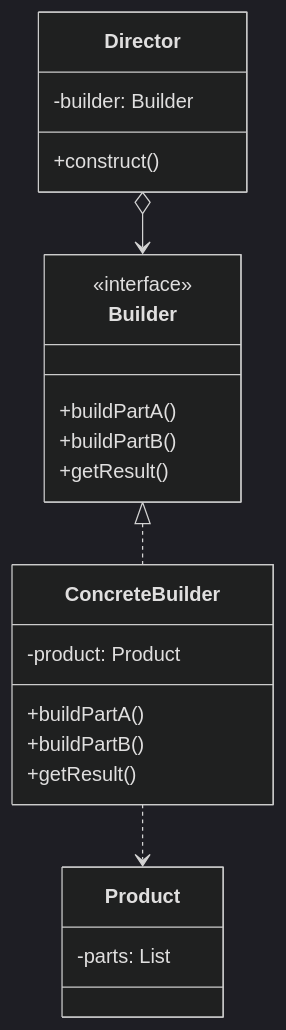
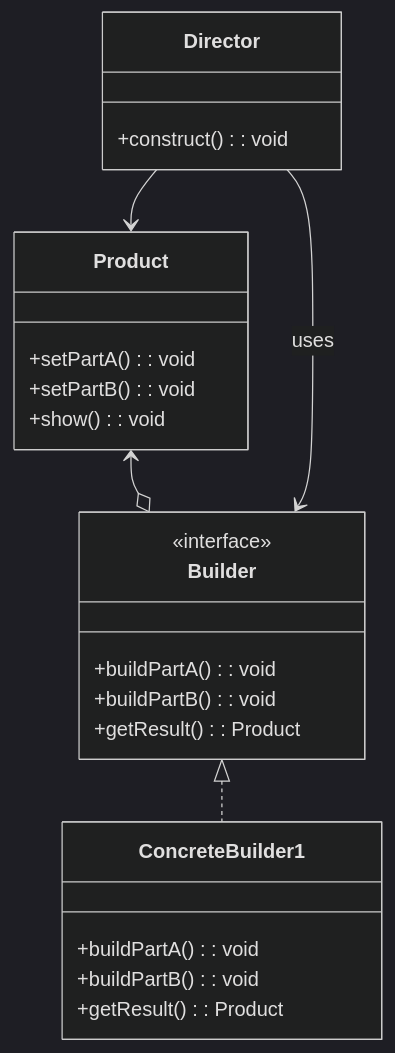
Before and after one commit to VrejHambardzumyan/DesignPatterns: the diagram in BuilderPattern.md, drawn with Mermaid (dark theme).

Commit message:
BuilderPattern.md

````diff
--- a/BuilderPattern.md
+++ b/BuilderPattern.md
@@ -187,25 +187,31 @@
 ```mermaid
 classDiagram
- class Director {
-        -builder: Builder
-        +construct()
+    class Product {
+        +setPartA(): void
+        +setPartB(): void
+        +show(): void
     }
+
     class Builder {
         <<interface>>
-        +buildPartA()
-        +buildPartB()
-        +getResult()
+        +buildPartA(): void
+        +buildPartB(): void
+        +getResult(): Product
     }
-    class ConcreteBuilder {
-        -product: Product
-        +buildPartA()
-        +buildPartB()
-        +getResult()
+
+    class ConcreteBuilder1 {
+        +buildPartA(): void
+        +buildPartB(): void
+        +getResult(): Product
     }
-    class Product {
-        -parts: List
+
+    class Director {
+        +construct(): void
     }
-    Director o--> Builder
-    Builder <|.. ConcreteBuilder
-    ConcreteBuilder ..> Product
+
+    Product <--o Builder
+    Builder <|.. ConcreteBuilder1
+    Director --> Builder: uses
+    Director --> Product
+
 ```
````
